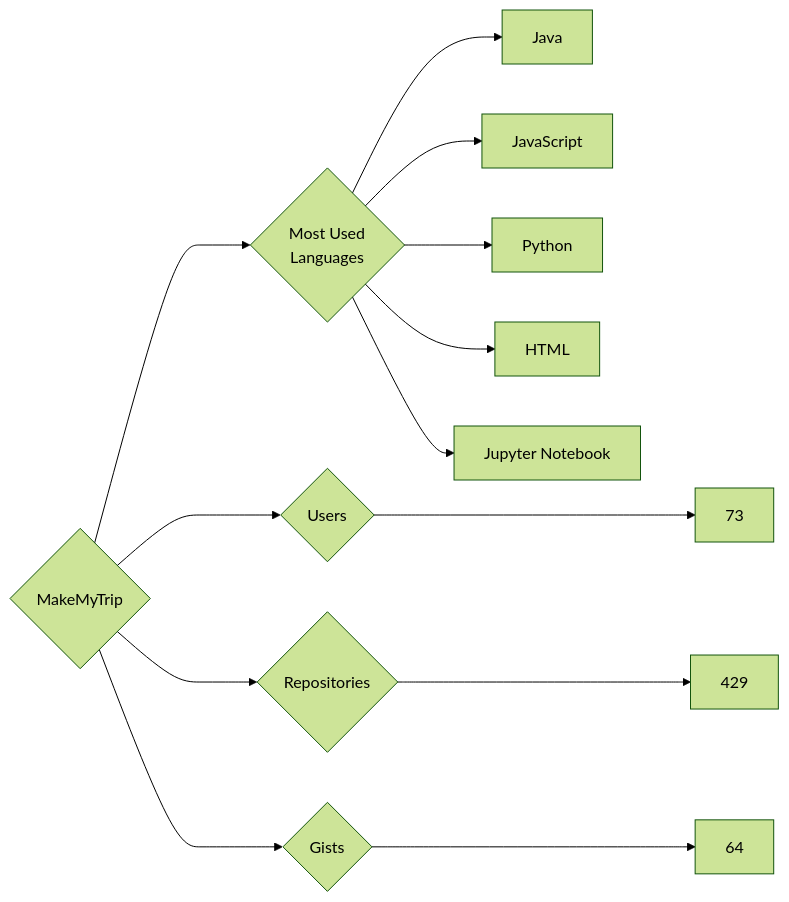
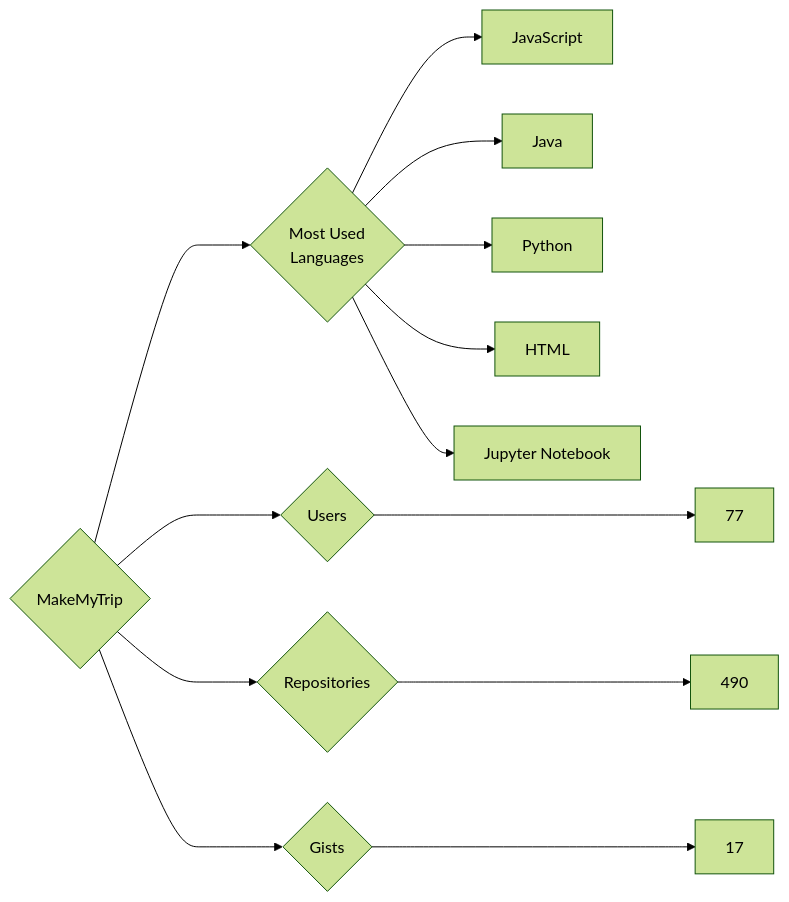
Before and after one commit to trickest/insiders: the diagram in targets/MakeMyTrip/README.md, drawn with Mermaid (forest theme). The commit also changed 903 other files, not shown here.

````diff
--- a/targets/MakeMyTrip/README.md
+++ b/targets/MakeMyTrip/README.md
@@ -3,13 +3,13 @@
 ```mermaid
 graph LR
 COMPANY_NAME{MakeMyTrip}
-COMPANY_NAME ---> U{Users} ---> UN[73]
-COMPANY_NAME ---> R{Repositories} ---> RN[429]
-COMPANY_NAME ---> G{Gists} ---> GN[64]
+COMPANY_NAME ---> U{Users} ---> UN[77]
+COMPANY_NAME ---> R{Repositories} ---> RN[490]
+COMPANY_NAME ---> G{Gists} ---> GN[17]
 COMPANY_NAME ---> ML{Most Used<br>Languages}
+ML --> JavaScript[JavaScript]
 ML --> Java[Java]
-ML --> JavaScript[JavaScript]
 ML --> Python[Python]
 ML --> HTML[HTML]
 ML --> Jupyter_Notebook[Jupyter Notebook]
 ```
````
